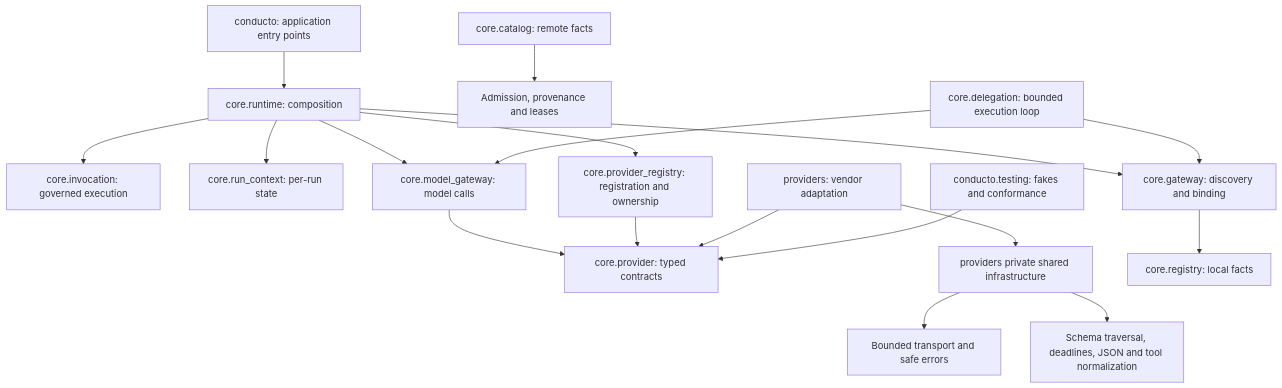
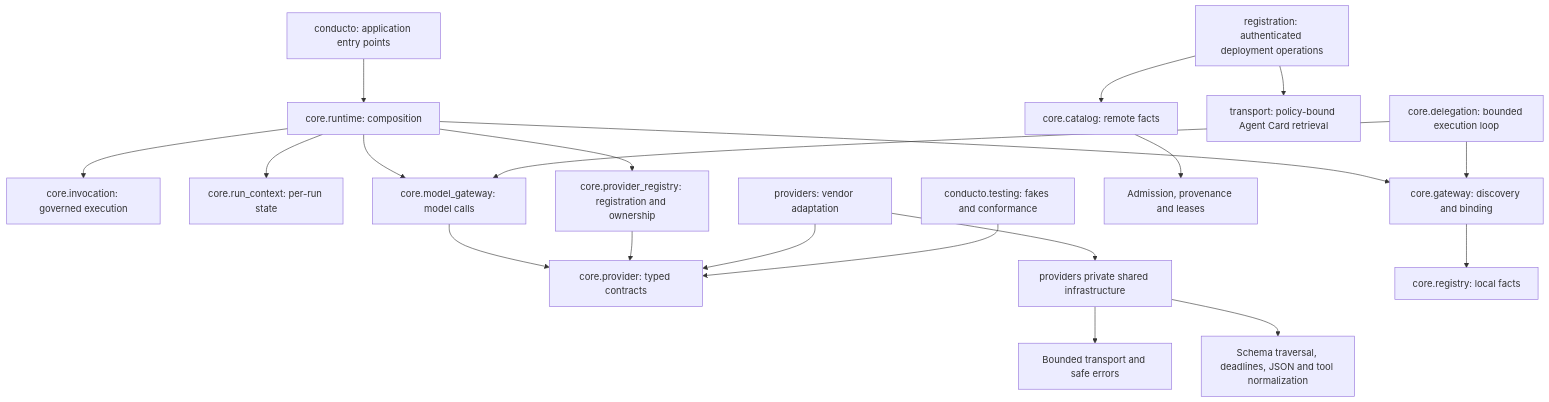
The second of 2 diagrams in sdk-python/docs/architecture.md (malcmiller/conducto-ai), drawn with Mermaid before and after one commit. The commit also changed 33 other files, not shown here.

Commit message:
Implement deployment registration control plane and associated models (#87)

````diff
--- a/sdk-python/docs/architecture.md
+++ b/sdk-python/docs/architecture.md
@@ -36,20 +36,22 @@
 ```mermaid
 flowchart TD
     APP[conducto: application entry points] --> RT[core.runtime: composition]
     RT --> INV[core.invocation: governed execution]
     RT --> CTX[core.run_context: per-run state]
     RT --> MG[core.model_gateway: model calls]
     MG --> PC[core.provider: typed contracts]
     RT --> PR[core.provider_registry: registration and ownership]
     PR --> PC
     PA[providers: vendor adaptation] --> PC
     PA --> SH[providers private shared infrastructure]
     SH --> HTTP[Bounded transport and safe errors]
     SH --> NORM[Schema traversal, deadlines, JSON and tool normalization]
     RT --> GW[core.gateway: discovery and binding]
     GW --> AR[core.registry: local facts]
     CAT[core.catalog: remote facts] --> ADM[Admission, provenance and leases]
+    REG[registration: authenticated deployment operations] --> CAT
+    REG --> DISC[transport: policy-bound Agent Card retrieval]
     DEL[core.delegation: bounded execution loop] --> GW
     DEL --> MG
     TEST[conducto.testing: fakes and conformance] --> PC
 ```
````
